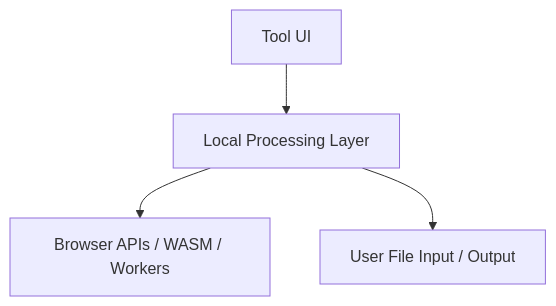
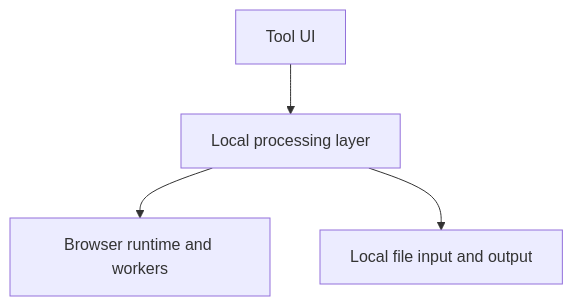
One commit to panndabea/runlocal.tools changed the fourth of 4 diagrams in README.md. Above: the diagram before and after it, drawn with Mermaid. The commit also changed other lines of this file, not shown here.

First line of the commit message:
docs: improve README diagrams readability and clarity

````diff
--- a/README.md
+++ b/README.md
@@ -97,6 +94,6 @@
 ```mermaid
 flowchart TB
-    UI[Tool UI] --> Engine[Local Processing Layer]
-    Engine --> Browser[Browser APIs / WASM / Workers]
-    Engine --> FileSystem[User File Input / Output]
+    UI[Tool UI] --> Engine[Local processing layer]
+    Engine --> Runtime[Browser runtime and workers]
+    Engine --> IO[Local file input and output]
 ```
````
